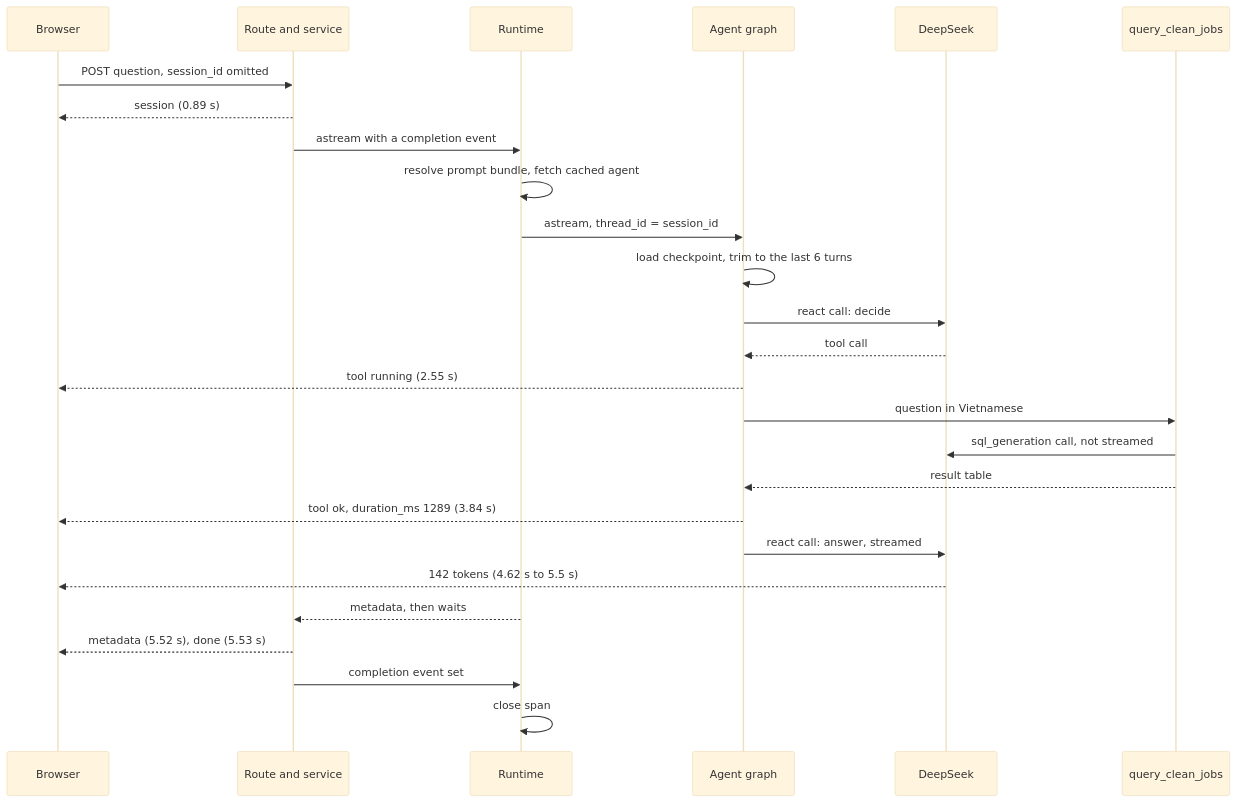
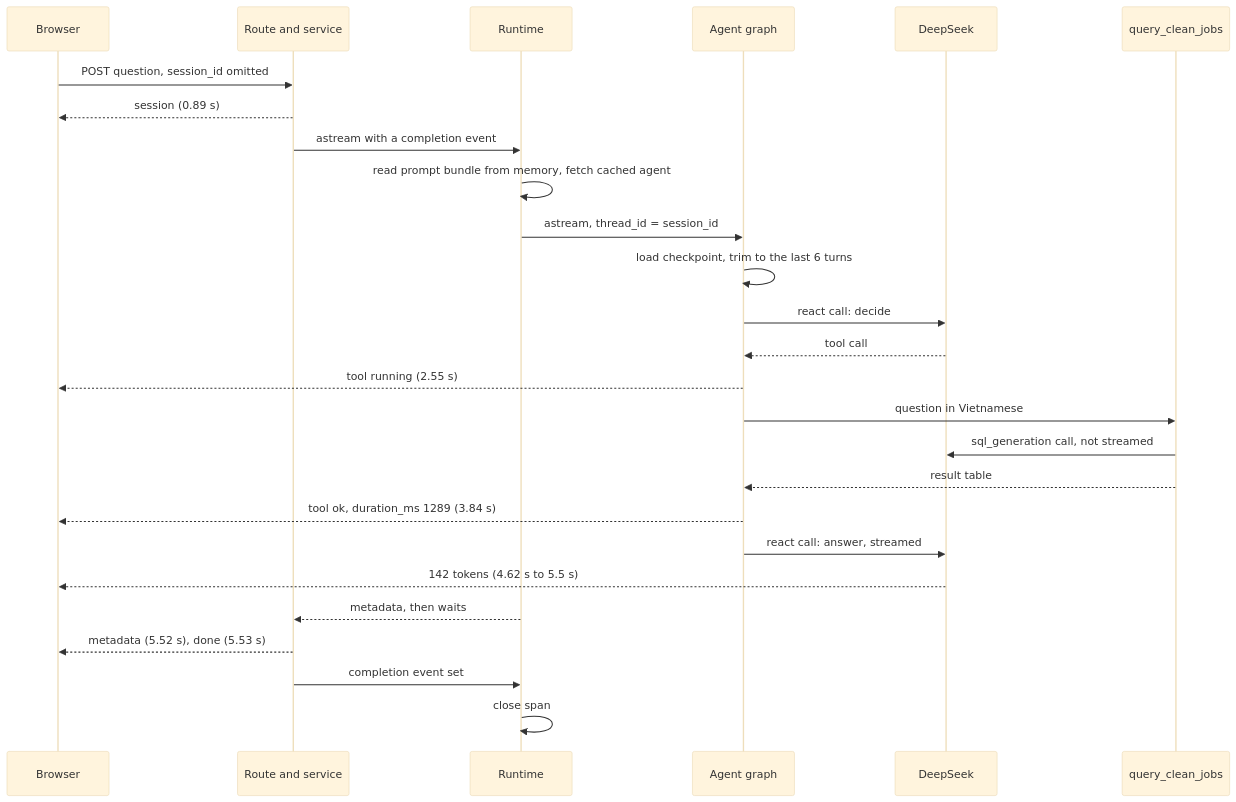
One commit to Park-Hip/InternHunterAgent changed the second of 3 diagrams in docs/modules/runtime.md. Above: the diagram before and after it, drawn with Mermaid (base theme). The commit also changed other lines of this file and 16 other files, not shown here.

````diff
--- a/docs/modules/runtime.md
+++ b/docs/modules/runtime.md
@@ -88,28 +88,28 @@
 ```mermaid
 sequenceDiagram
     participant B as Browser
     participant S as Route and service
     participant RT as Runtime
     participant G as Agent graph
     participant DS as DeepSeek
     participant T as query_clean_jobs
     B->>S: POST question, session_id omitted
     S-->>B: session (0.89 s)
     S->>RT: astream with a completion event
-    RT->>RT: resolve prompt bundle, fetch cached agent
+    RT->>RT: read prompt bundle from memory, fetch cached agent
     RT->>G: astream, thread_id = session_id
     G->>G: load checkpoint, trim to the last 6 turns
     G->>DS: react call: decide
     DS-->>G: tool call
     G-->>B: tool running (2.55 s)
     G->>T: question in Vietnamese
     T->>DS: sql_generation call, not streamed
     T-->>G: result table
     G-->>B: tool ok, duration_ms 1289 (3.84 s)
     G->>DS: react call: answer, streamed
     DS-->>B: 142 tokens (4.62 s to 5.5 s)
     RT-->>S: metadata, then waits
     S-->>B: metadata (5.52 s), done (5.53 s)
     S->>RT: completion event set
     RT->>RT: close span
 ```
````
